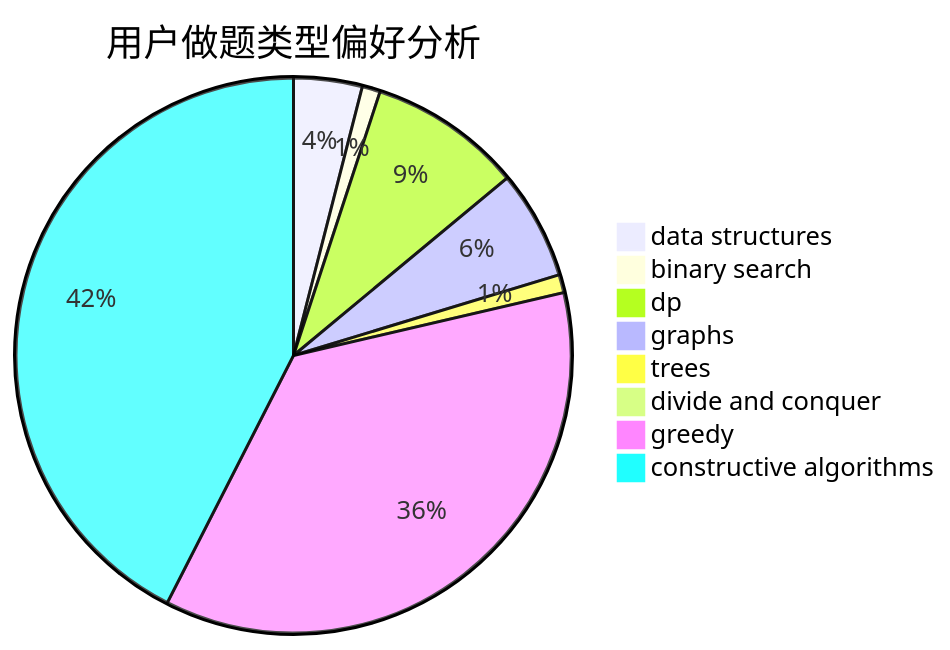
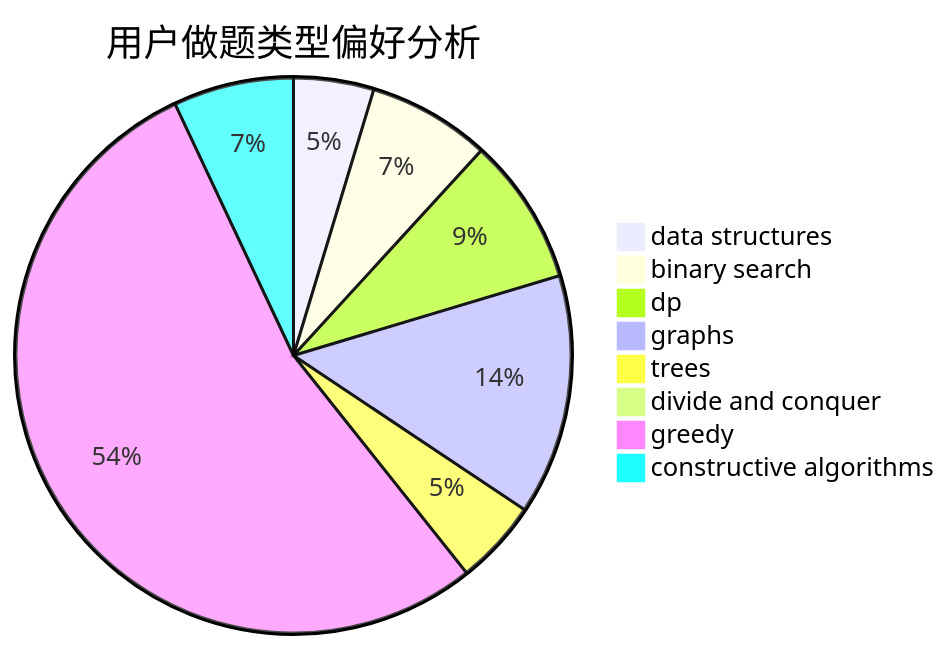
The second of 3 diagrams in docs/user/u1089.md (sherpahu/cfrs.github.io), drawn with Mermaid before and after one commit. The commit also changed other lines of this file and 2770 other files, not shown here.

````diff
--- a/docs/user/u1089.md
+++ b/docs/user/u1089.md
@@ -23,11 +23,11 @@
 ```mermaid
 pie title 用户做题类型偏好分析
-    "data structures" :  34
-    "binary search" :  9
-    "dp" :  76
-    "graphs" :  54
-    "trees" :  9
-    "divide and conquer" :  4
-    "greedy" :  308
-    "constructive algorithms" :  362
+    "data structures" :  36
+    "binary search" :  55
+    "dp" :  66
+    "graphs" :  108
+    "trees" :  38
+    "divide and conquer" :  1
+    "greedy" :  414
+    "constructive algorithms" :  54
 ```
````
